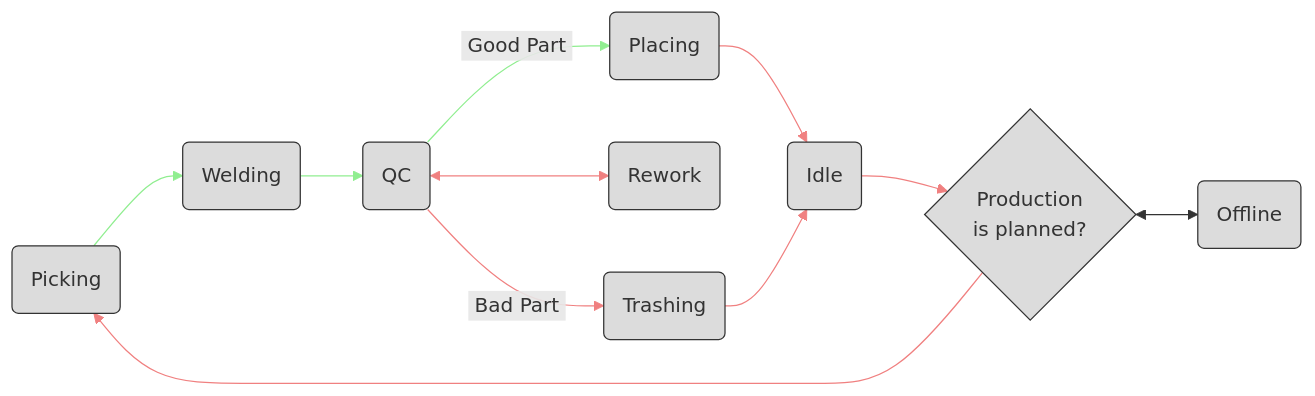
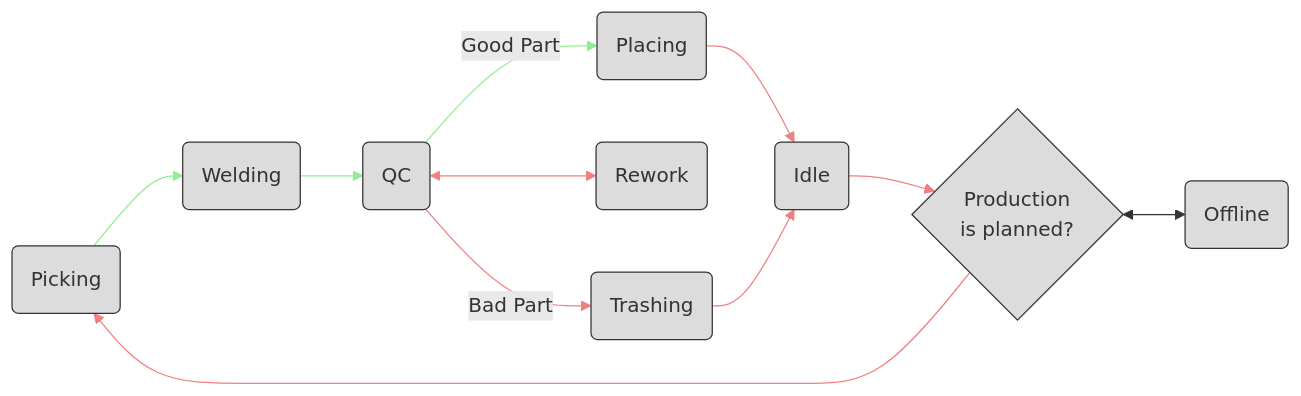
The first of 2 diagrams in README.md (claret-srl/ROMANTIG), drawn with Mermaid before and after one commit. The commit also changed other lines of this file, not shown here.

````diff
--- a/README.md
+++ b/README.md
@@ -212,17 +212,17 @@
 ```mermaid
 flowchart LR
     Picking(Picking) --> Welding(Welding) --> QC(QC)
-    QC -- &nbspGood Part&nbsp--> Placing(Placing)
+    QC -- Good Part--> Placing(Placing)
     QC <--> Rework(Rework)
-    QC -- &nbspBad Part&nbsp--> Trashing(Trashing)
+    QC -- Bad Part--> Trashing(Trashing)
     Placing & Trashing --> Idle(Idle) --> Production{Production\nis planned?}
     Production{Production\nis planned?} --> Picking
     Production <--> Offline(Offline)
 
 classDef Gainsboro fill:Gainsboro,stroke:#333,color:#333
 
 class Picking,Placing,QC,Welding,upTime,Idle,Trashing,Rework,QC_Rework,Production,Offline Gainsboro
 
 linkStyle 0,1,2 stroke:lightgreen,border-color:lightgreen;
 linkStyle 3,4,5,6,7,8 stroke:LightCoral;
 ```
````
